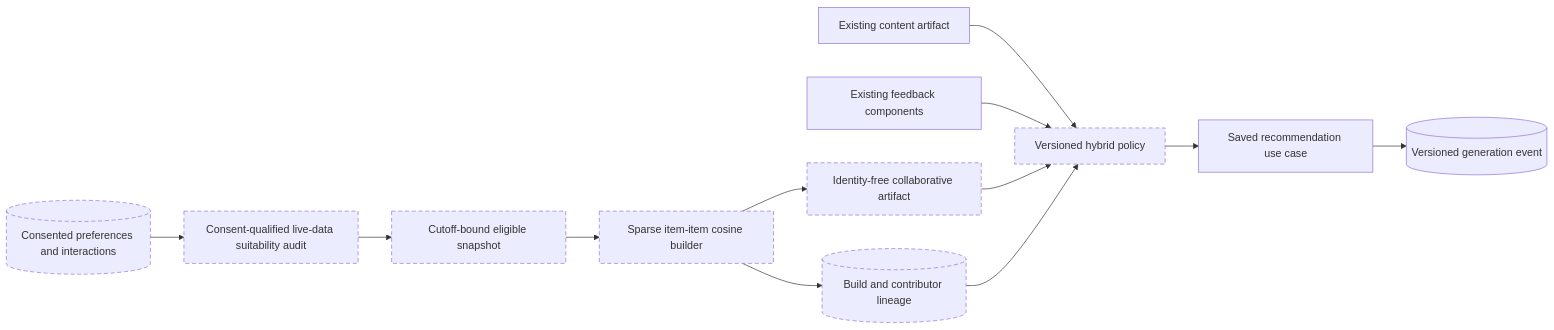
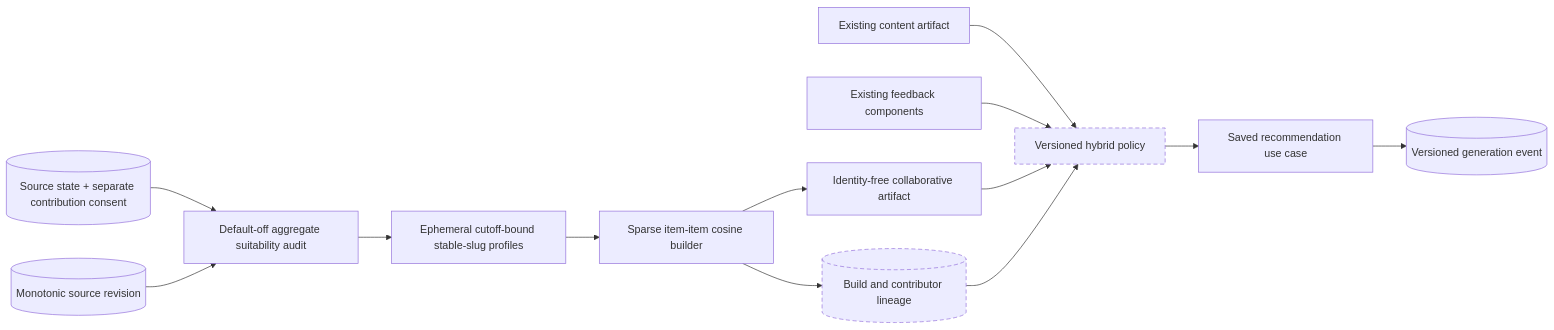
Before and after one commit to Khang206206/gamelens-ai: the fourth of 4 diagrams in docs/architecture.md, drawn with Mermaid. The commit also changed other lines of this file and 36 other files, not shown here.

Commit message:
feat(stage-5): add collaborative artifact pipeline

````diff
--- a/docs/architecture.md
+++ b/docs/architecture.md
@@ -141,28 +142,30 @@
 ```mermaid
 flowchart LR
-    State[("Consented preferences and interactions")]:::future
-    Audit["Consent-qualified live-data suitability audit"]:::future
-    Snapshot["Cutoff-bound eligible snapshot"]:::future
-    Builder["Sparse item-item cosine builder"]:::future
-    CF["Identity-free collaborative artifact"]:::future
+    State[("Source state + separate contribution consent")]
+    Revision[("Monotonic source revision")]
+    Audit["Default-off aggregate suitability audit"]
+    Snapshot["Ephemeral cutoff-bound stable-slug profiles"]
+    Builder["Sparse item-item cosine builder"]
+    CF["Identity-free collaborative artifact"]
     Lineage[("Build and contributor lineage")]:::future
     Content["Existing content artifact"]
     Feedback["Existing feedback components"]
     Hybrid["Versioned hybrid policy"]:::future
     API["Saved recommendation use case"]
     Event[("Versioned generation event")]
 
     State --> Audit
     Audit --> Snapshot
+    Revision --> Audit
     Snapshot --> Builder
     Builder --> CF
     Builder --> Lineage
     Content --> Hybrid
     Feedback --> Hybrid
     CF --> Hybrid
     Lineage --> Hybrid
     Hybrid --> API
     API --> Event
 
     classDef future stroke-dasharray: 6 4
 ```
````
